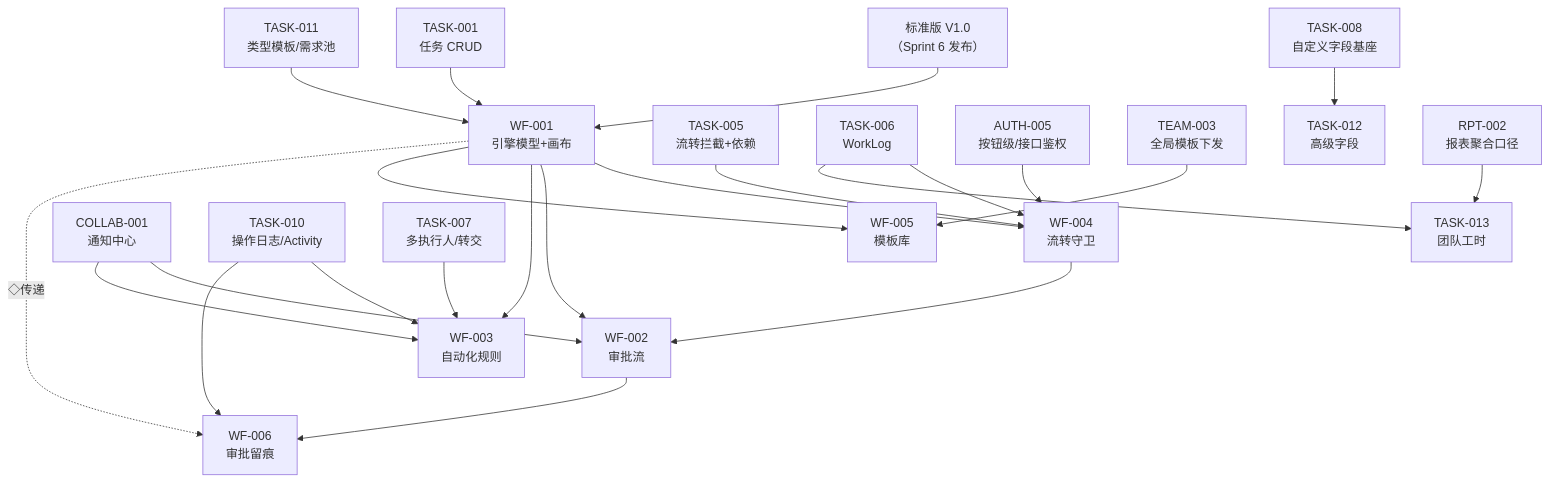
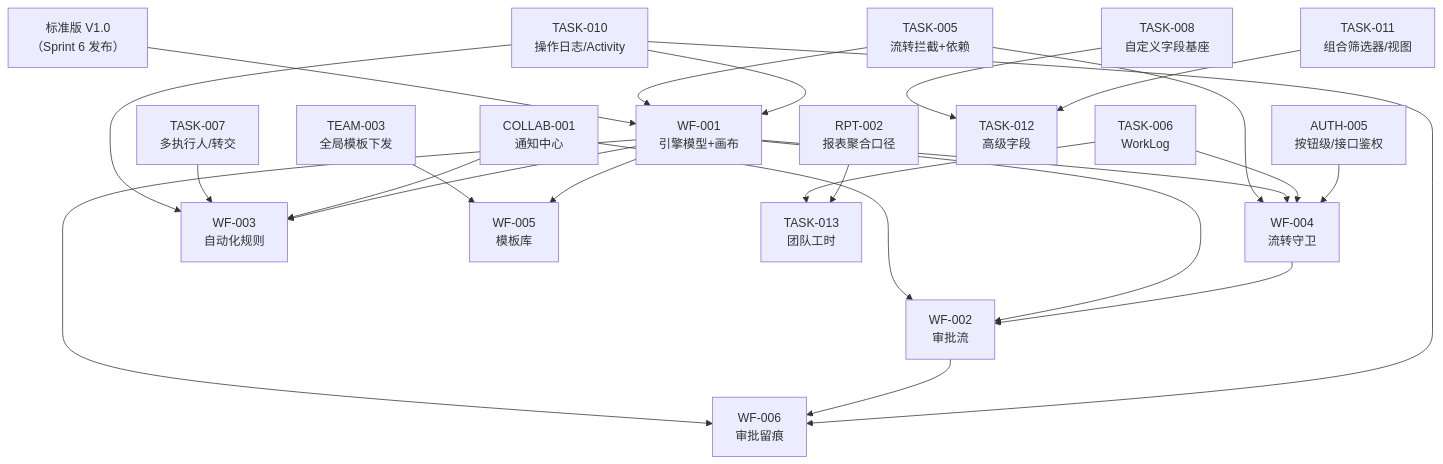
Before and after one commit to RabbitAI-Lab/RabbitProjects: the second of 2 diagrams in docs/sprint-7-enterprise-workflow/sprint-overview.md, drawn with Mermaid. The commit also changed other lines of this file and 1 other file, not shown here.

````diff
--- a/docs/sprint-7-enterprise-workflow/sprint-overview.md
+++ b/docs/sprint-7-enterprise-workflow/sprint-overview.md
@@ -62,25 +62,26 @@
 ```mermaid
 flowchart TB
     S6["标准版 V1.0<br/>（Sprint 6 发布）"] --> W001["WF-001<br/>引擎模型+画布"]
-    T001["TASK-001<br/>任务 CRUD"] --> W001
-    T011["TASK-011<br/>类型模板/需求池"] --> W001
-    T005["TASK-005<br/>流转拦截+依赖"] --> W004["WF-004<br/>流转守卫"]
+    T005["TASK-005<br/>流转拦截+依赖"] --> W001
+    T010["TASK-010<br/>操作日志/Activity"] --> W001
+    T005 --> W004["WF-004<br/>流转守卫"]
     W001 --> W004
     T006["TASK-006<br/>WorkLog"] --> W004
     A005["AUTH-005<br/>按钮级/接口鉴权"] --> W004
     C001["COLLAB-001<br/>通知中心"] --> W002["WF-002<br/>审批流"]
     W001 --> W002
     W004 --> W002
     T010["TASK-010<br/>操作日志/Activity"] --> W003["WF-003<br/>自动化规则"]
     T007["TASK-007<br/>多执行人/转交"] --> W003
     C001 --> W003
     W001 --> W003
     TM003["TEAM-003<br/>全局模板下发"] --> W005["WF-005<br/>模板库"]
     W001 --> W005
-    W001 -.->|"◇传递"| W006["WF-006<br/>审批留痕"]
+    W001 --> W006["WF-006<br/>审批留痕"]
     W002 --> W006
     T010 --> W006
     T008["TASK-008<br/>自定义字段基座"] --> T012["TASK-012<br/>高级字段"]
+    T011["TASK-011<br/>组合筛选器/视图"] --> T012
     T006 --> T013["TASK-013<br/>团队工时"]
     R002["RPT-002<br/>报表聚合口径"] --> T013
 ```
````
